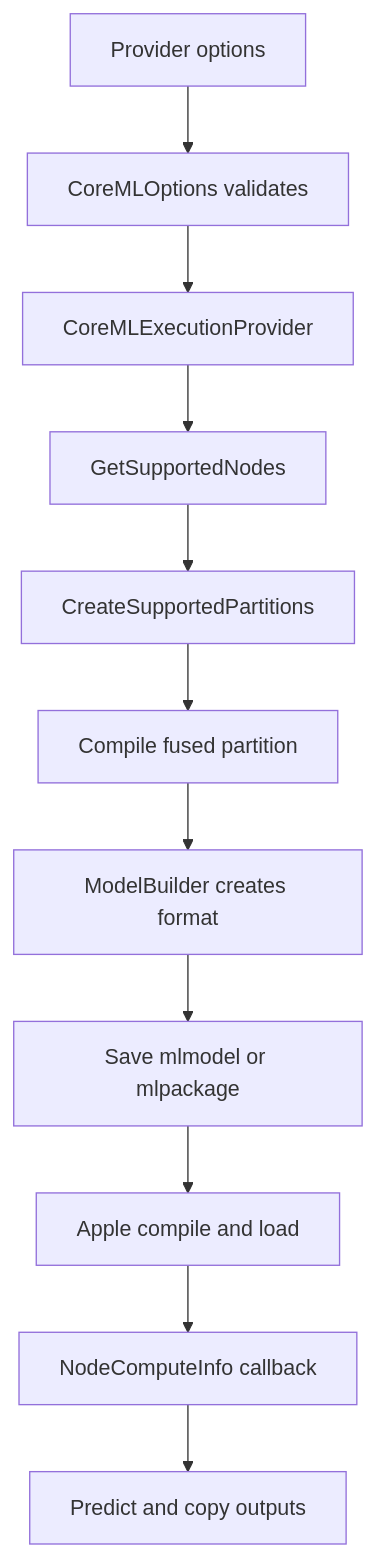
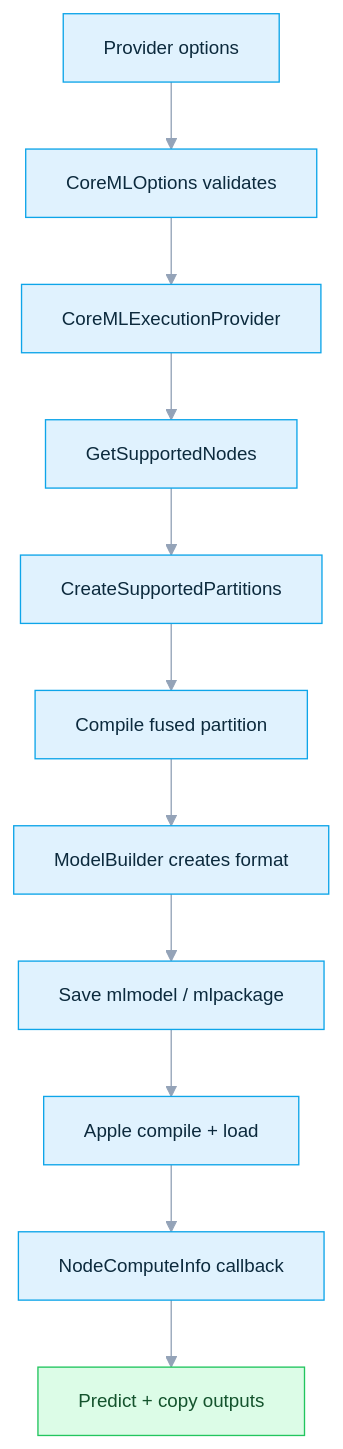
Before and after one commit to DakeQQ/Tutorial-ONNX-Runtime-Execution-Providers: diagram 12 of 12 in Apple/README.md, drawn with Mermaid. The commit also changed other lines of this file and 15 other files, not shown here.

````diff
--- a/Apple/README.md
+++ b/Apple/README.md
@@ -482,13 +645,18 @@
 ```mermaid
+%%{init: {"theme":"base","themeVariables":{"fontSize":"14px","lineColor":"#94a3b8","edgeLabelBackground":"#e2e8f0","primaryTextColor":"#1e293b"}}}%%
 flowchart TD
-  A[Provider options] --> B[CoreMLOptions validates]
-  B --> C[CoreMLExecutionProvider]
-  C --> D[GetSupportedNodes]
-  D --> E[CreateSupportedPartitions]
-  E --> F[Compile fused partition]
-  F --> G[ModelBuilder creates format]
-  G --> H[Save mlmodel or mlpackage]
-  H --> I[Apple compile and load]
-  I --> J[NodeComputeInfo callback]
-  J --> K[Predict and copy outputs]
+  A["Provider options"] --> B["CoreMLOptions validates"]
+  B --> C["CoreMLExecutionProvider"]
+  C --> D["GetSupportedNodes"]
+  D --> E["CreateSupportedPartitions"]
+  E --> F["Compile fused partition"]
+  F --> G["ModelBuilder creates format"]
+  G --> H["Save mlmodel / mlpackage"]
+  H --> I["Apple compile + load"]
+  I --> J["NodeComputeInfo callback"]
+  J --> K["Predict + copy outputs"]
+  classDef step fill:#e0f2fe,stroke:#0ea5e9,color:#0c2a3d;
+  classDef good fill:#dcfce7,stroke:#22c55e,color:#14532d;
+  class A,B,C,D,E,F,G,H,I,J step;
+  class K good;
 ```
````
